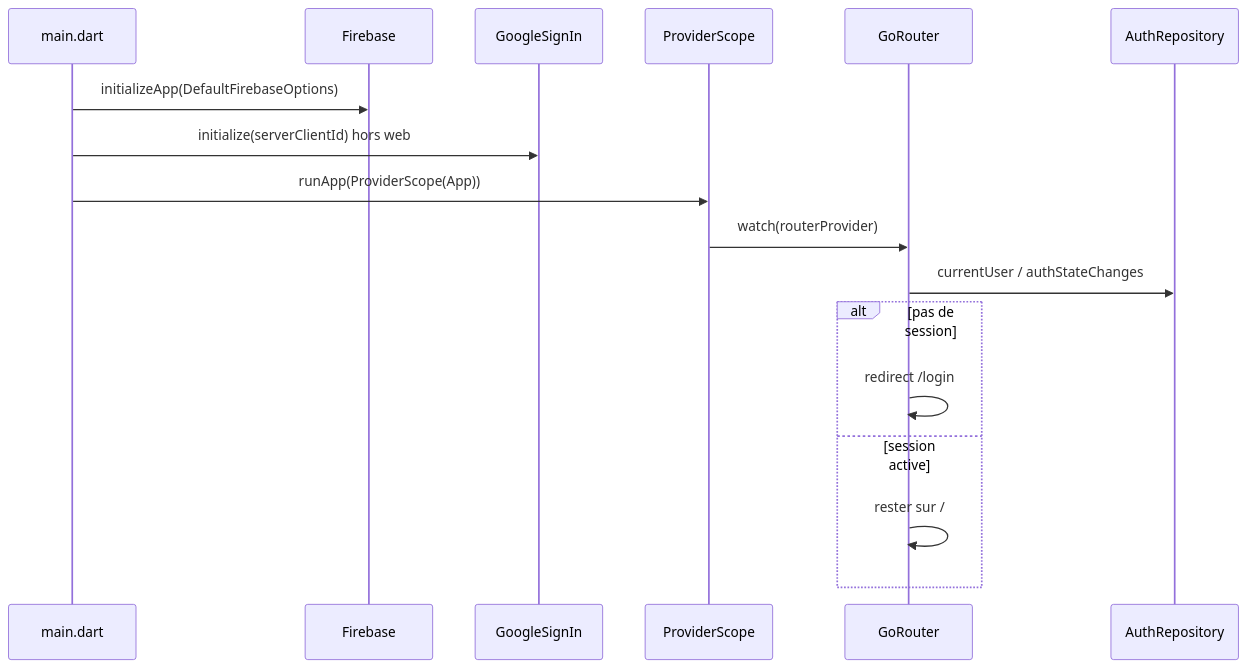
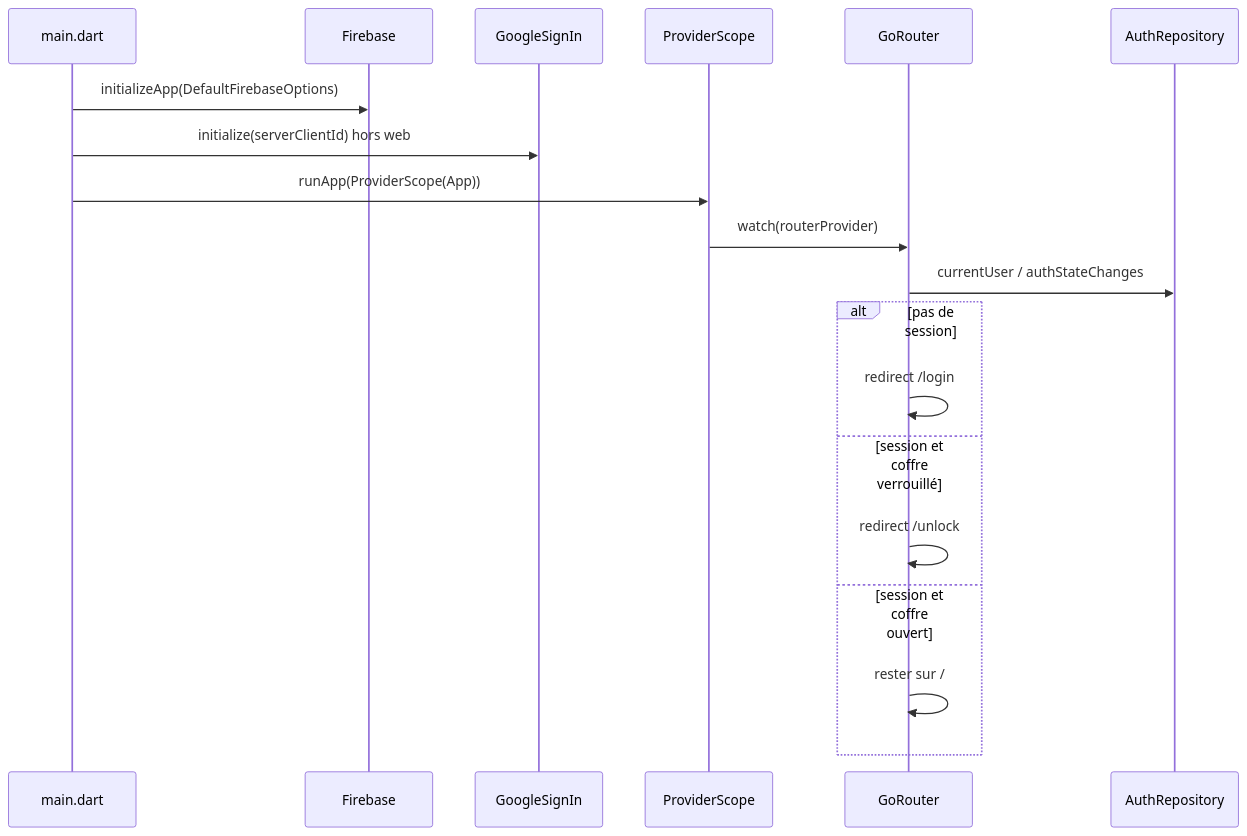
The diagram in docs/architecture.md (VictorSulivan/flutter_pwd_container), drawn with Mermaid before and after one commit. The commit also changed other lines of this file and 12 other files, not shown here.

````diff
--- a/docs/architecture.md
+++ b/docs/architecture.md
@@ -7,20 +7,22 @@
 ```mermaid
 sequenceDiagram
   participant Main as main.dart
   participant Firebase
   participant Google as GoogleSignIn
   participant Scope as ProviderScope
   participant Router as GoRouter
   participant Auth as AuthRepository
 
   Main->>Firebase: initializeApp(DefaultFirebaseOptions)
   Main->>Google: initialize(serverClientId) hors web
   Main->>Scope: runApp(ProviderScope(App))
   Scope->>Router: watch(routerProvider)
   Router->>Auth: currentUser / authStateChanges
   alt pas de session
     Router->>Router: redirect /login
-  else session active
+  else session et coffre verrouillé
+    Router->>Router: redirect /unlock
+  else session et coffre ouvert
     Router->>Router: rester sur /
   end
 ```
````
